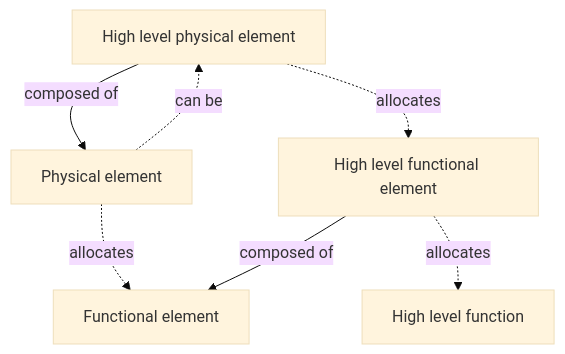
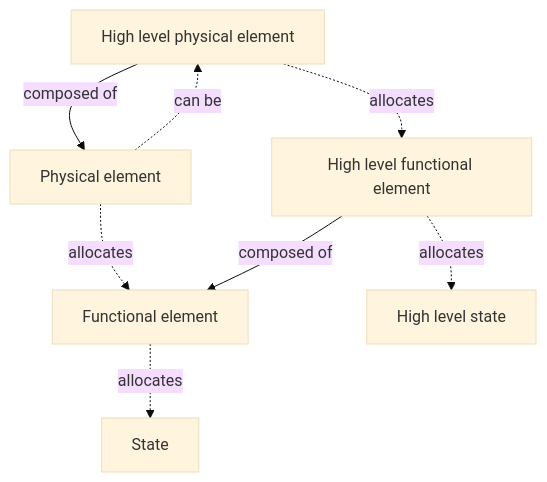
One commit to 3se-framework/3se-onto changed the third of 6 diagrams in glossary.md. Above: the diagram before and after it, drawn with Mermaid (base theme). The commit also changed other lines of this file, not shown here.

````diff
--- a/glossary.md
+++ b/glossary.md
@@ -1168,15 +1191,17 @@
 ```mermaid
 flowchart TD
     N1["High level physical element"]
     N2["Physical element"]
     N3["High level functional element"]
     N4["Functional element"]
-    N5["High level function"]
+    N5["State"]
+    N6["High level state"]
 
     N1 -->|composed of| N2
     N1 -.->|allocates| N3
     N2 -.->|allocates| N4
     N2 -.->|can be| N1
+    N4 -.->|allocates| N5
     N3 -->|composed of| N4
-    N3 -.->|allocates| N5
+    N3 -.->|allocates| N6
 ```
````
